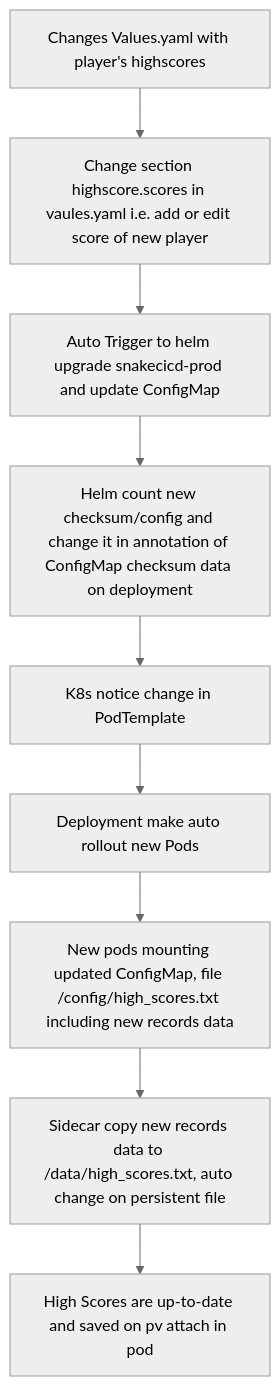
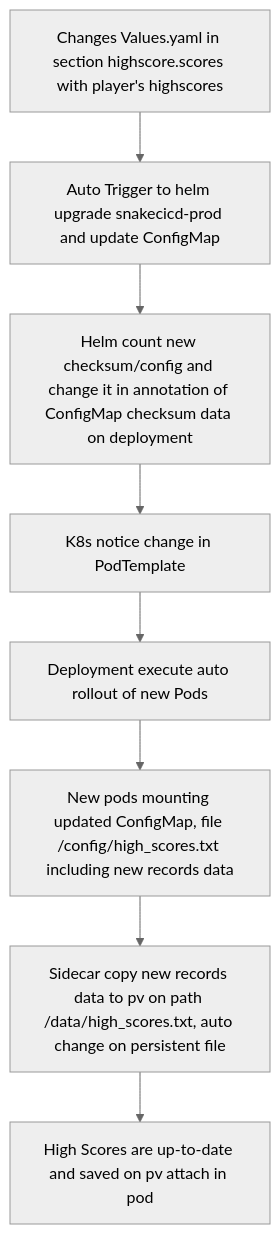
Before and after one commit to DanyAAD90/snakecicd: the second of 2 diagrams in README.md, drawn with Mermaid (neutral theme).

Commit message:
Updated file: /home/tms_master_1/snake/.git/index.lock

````diff
--- a/README.md
+++ b/README.md
@@ -76,11 +76,10 @@
 ```mermaid
 flowchart TD
-A[Changes Values.yaml with player's highscores] --> B[Change section highscore.scores in vaules.yaml i.e. add or edit score of new player]
-B --> C[Auto Trigger to helm upgrade snakecicd-prod and update ConfigMap]
+B[Changes Values.yaml in section highscore.scores with player's highscores] --> C[Auto Trigger to helm upgrade snakecicd-prod and update ConfigMap]
 C --> D[Helm count new checksum/config and change it in annotation of ConfigMap checksum data on deployment]
 D --> E[K8s notice change in PodTemplate]
-E --> F[Deployment make auto rollout new Pods]
+E --> F[Deployment execute auto rollout of new Pods]
 F --> G[New pods mounting updated ConfigMap, file /config/high_scores.txt including new records data]
-G --> H[Sidecar copy new records data to /data/high_scores.txt, auto change on persistent file]
+G --> H[Sidecar copy new records data to pv on path /data/high_scores.txt, auto change on persistent file]
 H --> I[High Scores are up-to-date and saved on pv attach in pod]
 ```
````
